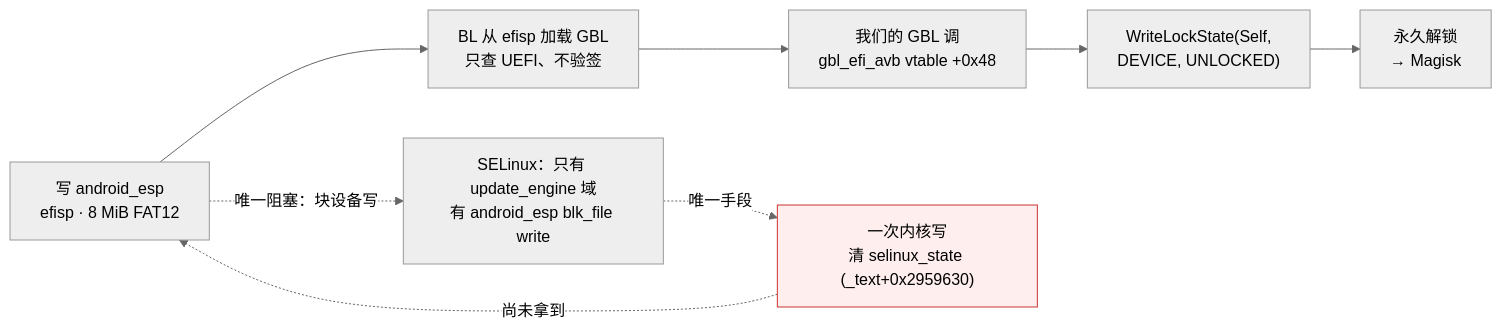
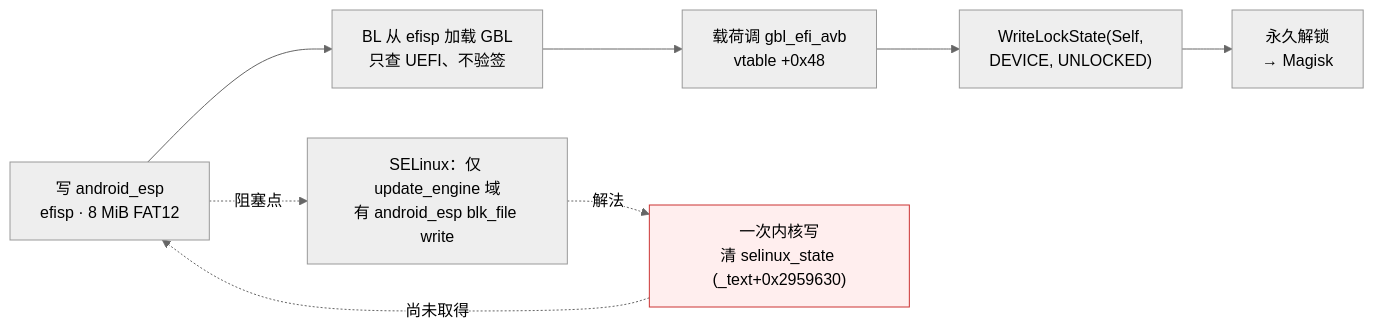
One commit to Ronnie15143/lhasa-research changed the diagram in README.md. Above: the diagram before and after it, drawn with Mermaid (neutral theme). The commit also changed other lines of this file and 6 other files, not shown here.

````diff
--- a/README.md
+++ b/README.md
@@ -36,11 +19,11 @@
 ```mermaid
 flowchart LR
     A["写 android_esp<br/>efisp · 8 MiB FAT12"] --> B["BL 从 efisp 加载 GBL<br/>只查 UEFI、不验签"]
-    B --> C["我们的 GBL 调<br/>gbl_efi_avb vtable +0x48"]
+    B --> C["载荷调 gbl_efi_avb<br/>vtable +0x48"]
     C --> D["WriteLockState(Self,<br/>DEVICE, UNLOCKED)"]
     D --> E["永久解锁<br/>→ Magisk"]
-    A -. "唯一阻塞：块设备写" .-> F["SELinux：只有 update_engine 域<br/>有 android_esp blk_file write"]
-    F -. "唯一手段" .-> G["一次内核写<br/>清 selinux_state (_text+0x2959630)"]
-    G -. "尚未拿到" .-> A
+    A -. "阻塞点" .-> F["SELinux：仅 update_engine 域<br/>有 android_esp blk_file write"]
+    F -. "解法" .-> G["一次内核写<br/>清 selinux_state (_text+0x2959630)"]
+    G -. "尚未取得" .-> A
     style G fill:#fee,stroke:#c33
 ```
````
